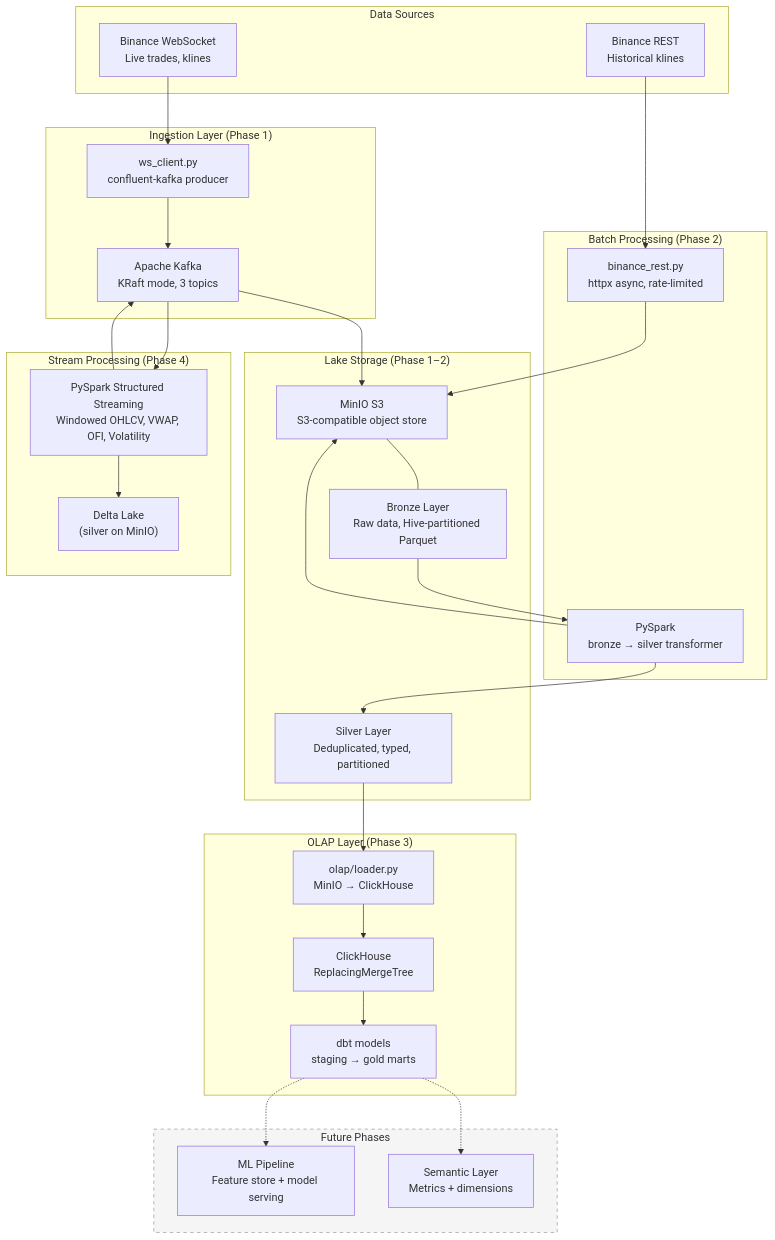
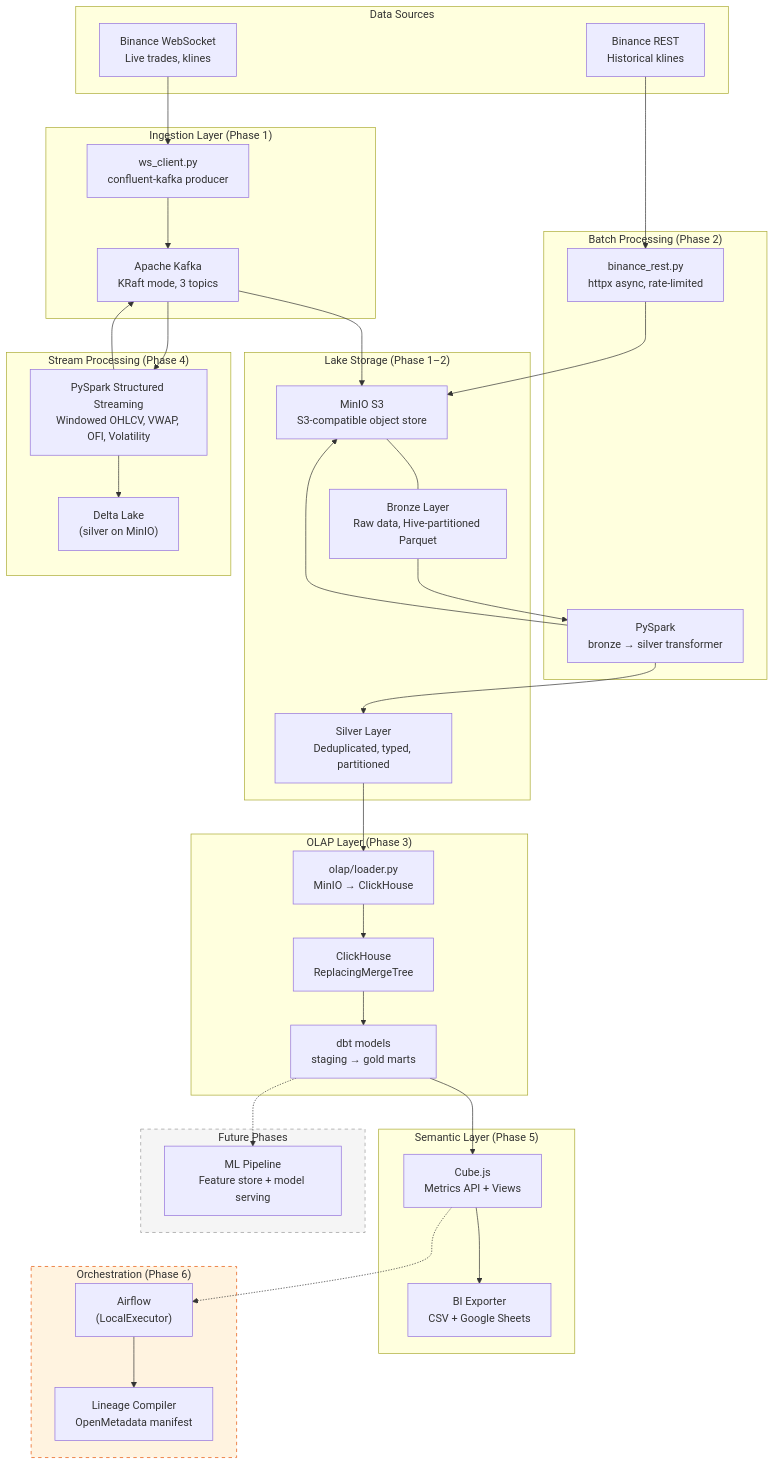
One commit to weecici/project-x changed the diagram in docs/architecture/overview.md. Above: the diagram before and after it, drawn with Mermaid. The commit also changed other lines of this file and 10 other files, not shown here.

````diff
--- a/docs/architecture/overview.md
+++ b/docs/architecture/overview.md
@@ -7,60 +7,75 @@
 ```mermaid
 flowchart TB
     subgraph SOURCES["Data Sources"]
         WS["Binance WebSocket\nLive trades, klines"]
         REST["Binance REST\nHistorical klines"]
     end
 
     subgraph INGESTION["Ingestion Layer (Phase 1)"]
         PROD["ws_client.py\nconfluent-kafka producer"]
         KAFKA["Apache Kafka\nKRaft mode, 3 topics"]
     end
 
     subgraph STREAM["Stream Processing (Phase 4)"]
         SPARK_STREAM["PySpark Structured Streaming\nWindowed OHLCV, VWAP, OFI, Volatility"]
         DELTA["Delta Lake\n(silver on MinIO)"]
     end
 
     subgraph LAKE["Lake Storage (Phase 1–2)"]
         S3["MinIO S3\nS3-compatible object store"]
         BRONZE["Bronze Layer\nRaw data, Hive-partitioned Parquet"]
         SILVER["Silver Layer\nDeduplicated, typed, partitioned"]
     end
 
     subgraph BATCH["Batch Processing (Phase 2)"]
         BACKFILL["binance_rest.py\nhttpx async, rate-limited"]
         PYSPARK["PySpark\nbronze → silver transformer"]
     end
 
     subgraph OLAP["OLAP Layer (Phase 3)"]
         LOADER["olap/loader.py\nMinIO → ClickHouse"]
         CH["ClickHouse\nReplacingMergeTree"]
         DBT["dbt models\nstaging → gold marts"]
     end
 
+    subgraph SEMANTIC["Semantic Layer (Phase 5)"]
+        CUBE["Cube.js\nMetrics API + Views"]
+        BI["BI Exporter\nCSV + Google Sheets"]
+    end
+
+    subgraph ORCH["Orchestration (Phase 6)"]
+        AIRFLOW["Airflow\n(LocalExecutor)"]
+        LINEAGE["Lineage Compiler\nOpenMetadata manifest"]
+    end
+
     subgraph FUTURE["Future Phases"]
-        SEMANTIC["Semantic Layer\nMetrics + dimensions"]
         ML["ML Pipeline\nFeature store + model serving"]
     end
 
     WS --> PROD --> KAFKA
     REST --> BACKFILL
 
     KAFKA --> S3
     KAFKA --> SPARK_STREAM
     BACKFILL --> S3
     S3 --- BRONZE
     PYSPARK --> S3
     BRONZE --> PYSPARK
     PYSPARK --> SILVER
     SPARK_STREAM --> DELTA
     SPARK_STREAM --> KAFKA
 
     SILVER --> LOADER --> CH
     CH --> DBT
 
-    DBT -.-> SEMANTIC
+    DBT --> CUBE
+    CUBE --> BI
+
+    CUBE -.-> AIRFLOW
+    AIRFLOW --> LINEAGE
+
     DBT -.-> ML
 
     style FUTURE fill:#f5f5f5,stroke:#999,stroke-dasharray: 5 5
+    style ORCH fill:#fff3e0,stroke:#e65100,stroke-dasharray: 5 5
 ```
````
